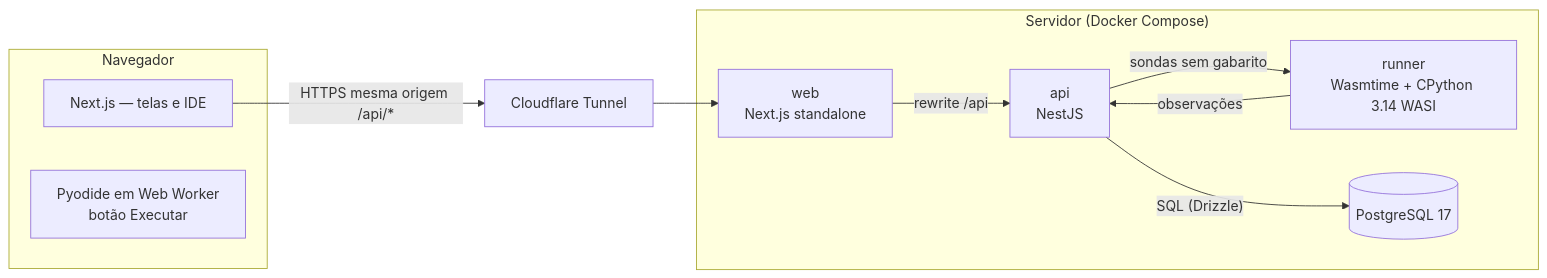
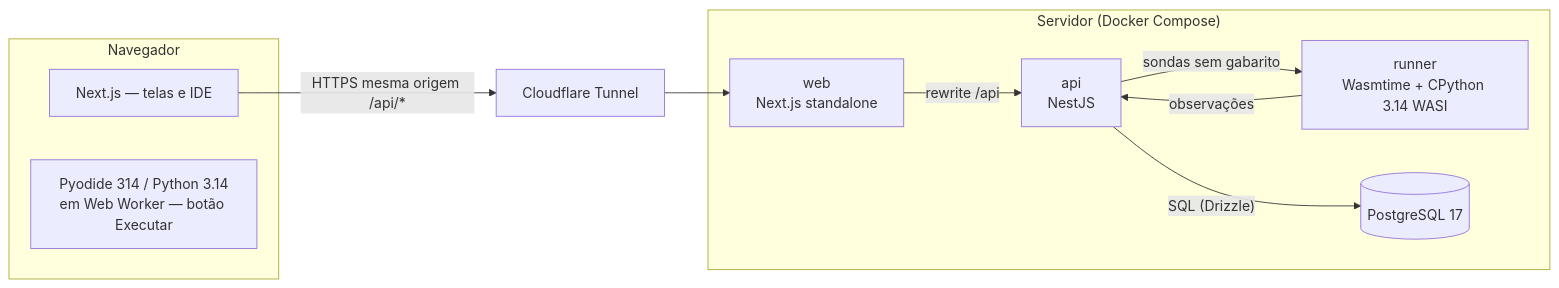
The diagram in docs/v2/arquitetura.md (Lip3Bazinga/v0-level-usp-project), drawn with Mermaid before and after one commit. The commit also changed other lines of this file and 7 other files, not shown here.

First line of the commit message:
docs/ci: paridade Executar x Verificar no CI e documentação do Python 3.14

````diff
--- a/docs/v2/arquitetura.md
+++ b/docs/v2/arquitetura.md
@@ -6,19 +6,19 @@
 ```mermaid
 flowchart LR
   subgraph Navegador
     UI[Next.js — telas e IDE]
-    PY[Pyodide em Web Worker<br/>botão Executar]
+    PY[Pyodide 314 / Python 3.14<br/>em Web Worker — botão Executar]
   end
   subgraph Servidor["Servidor (Docker Compose)"]
     WEB[web<br/>Next.js standalone]
     API[api<br/>NestJS]
     RUN[runner<br/>Wasmtime + CPython 3.14 WASI]
     DB[(PostgreSQL 17)]
   end
   CF[Cloudflare Tunnel] --> WEB
   UI -- HTTPS mesma origem /api/* --> CF
   WEB -- rewrite /api --> API
   API -- sondas sem gabarito --> RUN
   RUN -- observações --> API
   API -- SQL (Drizzle) --> DB
 ```
````
